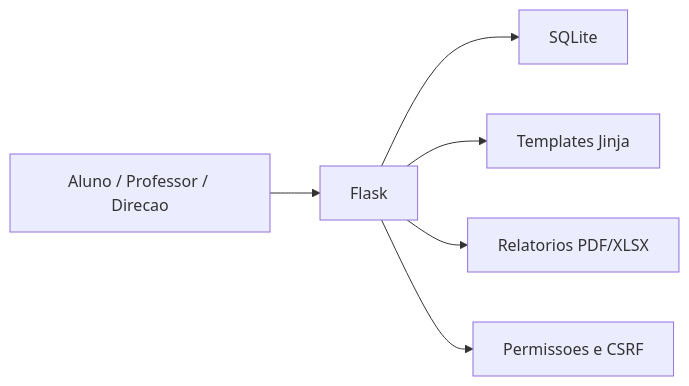
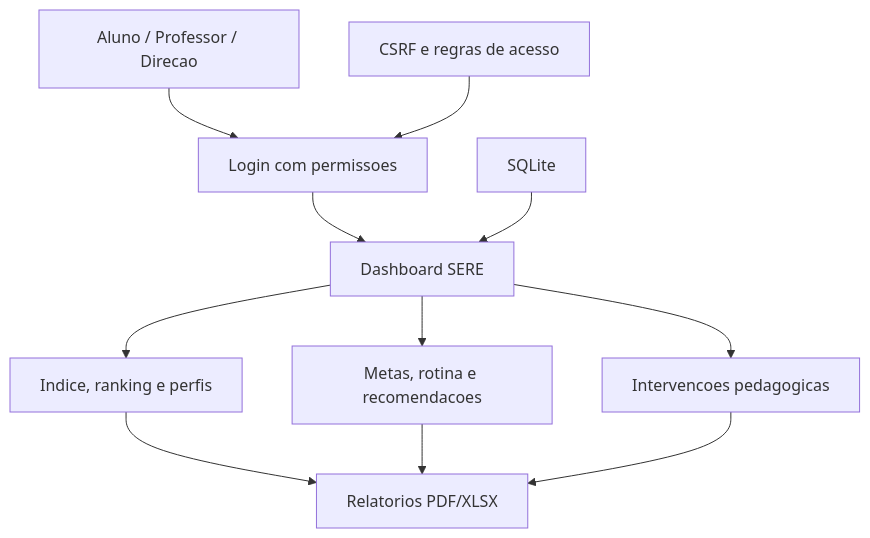
The diagram in README.md (gbielyz/SERE), drawn with Mermaid before and after one commit. The commit also changed other lines of this file, not shown here.

````diff
--- a/README.md
+++ b/README.md
@@ -48,8 +91,13 @@
 ```mermaid
-flowchart LR
-  A["Aluno / Professor / Direcao"] --> B["Flask"]
-  B --> C["SQLite"]
-  B --> D["Templates Jinja"]
-  B --> E["Relatorios PDF/XLSX"]
-  B --> F["Permissoes e CSRF"]
+flowchart TD
+  A["Aluno / Professor / Direcao"] --> B["Login com permissoes"]
+  B --> C["Dashboard SERE"]
+  C --> D["Indice, ranking e perfis"]
+  C --> E["Metas, rotina e recomendacoes"]
+  C --> F["Intervencoes pedagogicas"]
+  D --> G["Relatorios PDF/XLSX"]
+  E --> G
+  F --> G
+  H["SQLite"] --> C
+  I["CSRF e regras de acesso"] --> B
 ```
````
